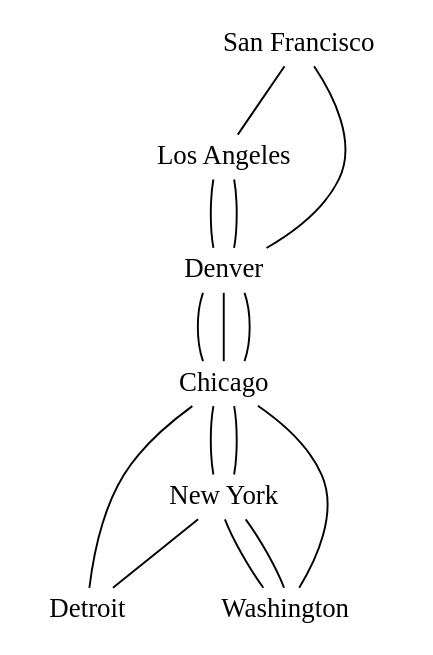
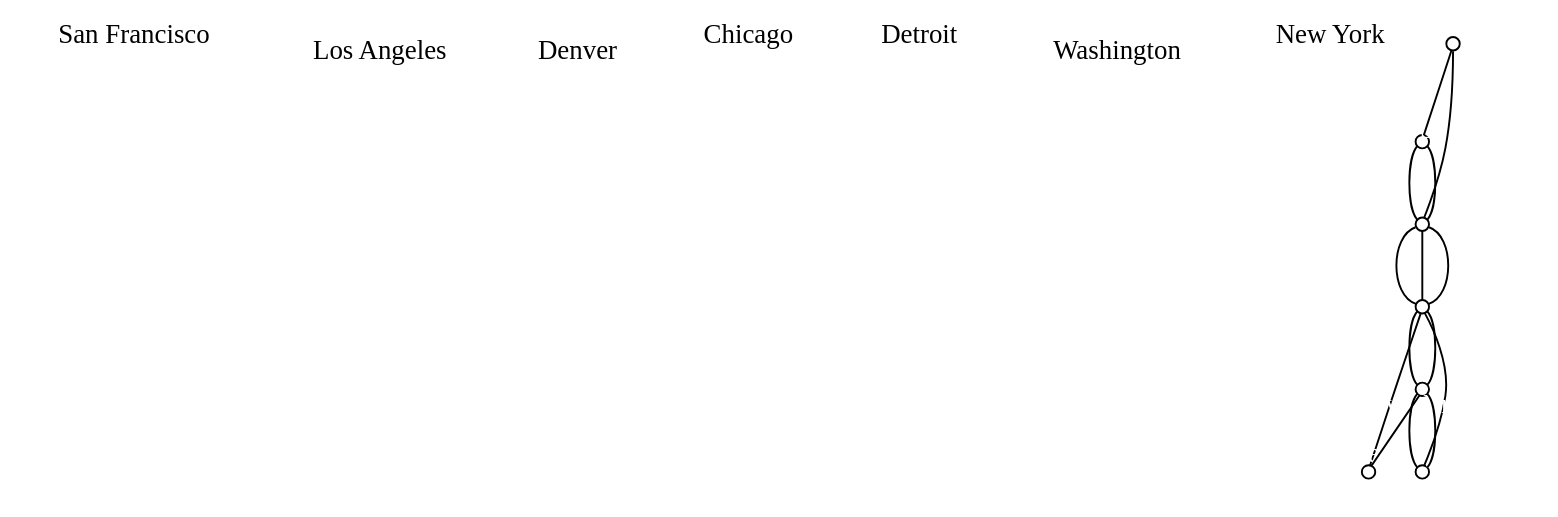
The diagram in trang536/hinh2.dot (vietlq/graph-tuts), drawn with Graphviz before and after one commit. The commit also changed 3 other files, not shown here.

```diff
--- a/trang536/hinh2.dot
+++ b/trang536/hinh2.dot
@@ -1,33 +1,42 @@
 /* Trang 536 */
 /* Hinh 2 */
 
 graph G {
-    node [shape=plaintext,width=.3,height=.3,fixedsize=false];
+    node [shape=plaintext,width=.1,height=.1,fixedsize=false,fillcolor="black"];
+    "San Francisco" [pos="0,.2!", labelloc="t"];
+    "Los Angeles" [pos="1,-1.2!", labelloc="b"];
+    "Denver" [pos="2,0.7!", labelloc="b"];
+    "Chicago" [pos="4,0.1!", labelloc="t"];
+    "Detroit" [pos="5,1.7!", labelloc="t"];
+    "Washington" [pos="6,-.7!", labelloc="b"];
+    "New York" [pos="7,1.2!", labelloc="t"];
     
-    "San Francisco" [pos="0,0!"];
-    "Los Angeles" [pos="1,-1!"];
-    "Denver" [pos="2,0.3!"];
-    "Chicago" [pos="4,0.5!"];
-    "Detroit" [pos="5,1.5!"];
-    "Washington" [pos="6,-.5!"];
-    "New York" [pos="7,1!"];
+    node [shape=circle,width=.1,height=.1,fixedsize=true,fillcolor="black"];
     
-    "San Francisco" -- "Los Angeles";
-    "San Francisco" -- "Denver";
+    "San Francisco__" [pos="0,0!", labelloc="t", fontcolor="white"];
+    "Los Angeles__" [pos="1,-1!", labelloc="b", fontcolor="white"];
+    "Denver__" [pos="2,0.3!", labelloc="b", fontcolor="white"];
+    "Chicago__" [pos="4,0.5!", labelloc="t", fontcolor="white"];
+    "Detroit__" [pos="5,1.5!", labelloc="t", fontcolor="white"];
+    "Washington__" [pos="6,-.5!", labelloc="b", fontcolor="white"];
+    "New York__" [pos="7,1!", labelloc="t", fontcolor="white"];
     
-    "Los Angeles" -- "Denver";
-    "Los Angeles" -- "Denver";
+    "San Francisco__" -- "Los Angeles__";
+    "San Francisco__" -- "Denver__";
     
-    "Denver" -- "Chicago";
-    "Denver" -- "Chicago";
-    "Denver" -- "Chicago";
+    "Los Angeles__" -- "Denver__";
+    "Los Angeles__" -- "Denver__";
     
-    "Chicago" -- "Detroit";
-    "Chicago" -- "New York";
-    "Chicago" -- "New York";
-    "Chicago" -- "Washington";
+    "Denver__" -- "Chicago__";
+    "Denver__" -- "Chicago__";
+    "Denver__" -- "Chicago__";
     
-    "New York" -- "Detroit";
-    "New York" -- "Washington";
-    "New York" -- "Washington";
+    "Chicago__" -- "Detroit__";
+    "Chicago__" -- "New York__";
+    "Chicago__" -- "New York__";
+    "Chicago__" -- "Washington__";
+    
+    "New York__" -- "Detroit__";
+    "New York__" -- "Washington__";
+    "New York__" -- "Washington__";
 }
```
